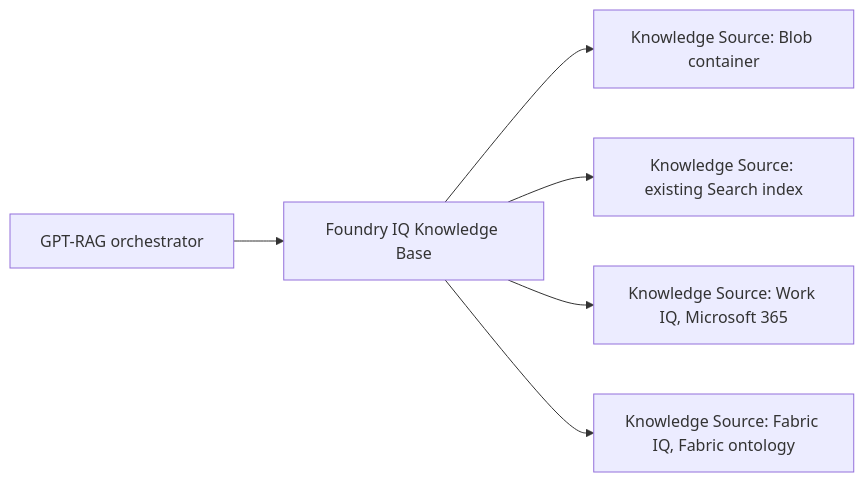
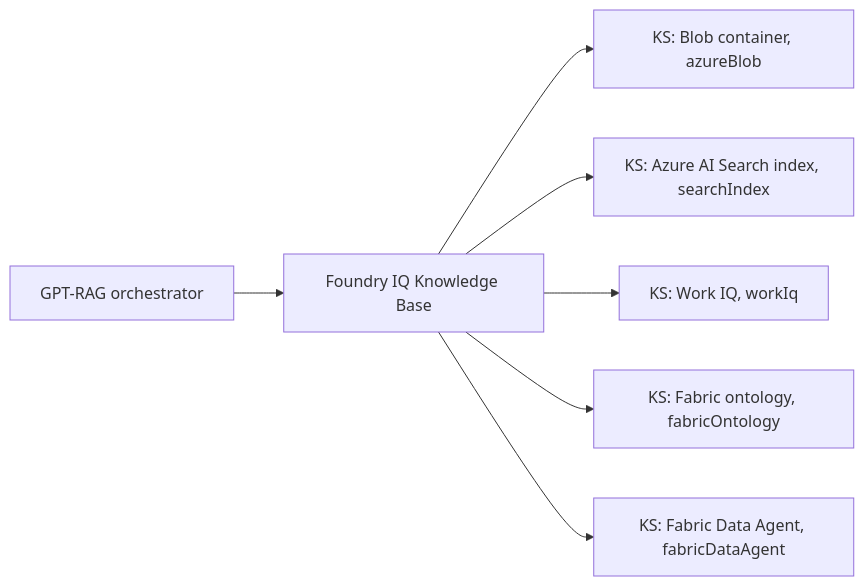
Before and after one commit to Azure/GPT-RAG: the diagram in docs/howto_grounding_overview.md, drawn with Mermaid. The commit also changed other lines of this file and 3 other files, not shown here.

````diff
--- a/docs/howto_grounding_overview.md
+++ b/docs/howto_grounding_overview.md
@@ -41,8 +49,9 @@
 ```mermaid
 flowchart LR
   O[GPT-RAG orchestrator] --> KB[Foundry IQ Knowledge Base]
-  KB --> KS1[Knowledge Source: Blob container]
-  KB --> KS2[Knowledge Source: existing Search index]
-  KB --> KS3[Knowledge Source: Work IQ, Microsoft 365]
-  KB --> KS4[Knowledge Source: Fabric IQ, Fabric ontology]
+  KB --> KS1[KS: Blob container, azureBlob]
+  KB --> KS2[KS: Azure AI Search index, searchIndex]
+  KB --> KS3[KS: Work IQ, workIq]
+  KB --> KS4[KS: Fabric ontology, fabricOntology]
+  KB --> KS5[KS: Fabric Data Agent, fabricDataAgent]
 ```
````
